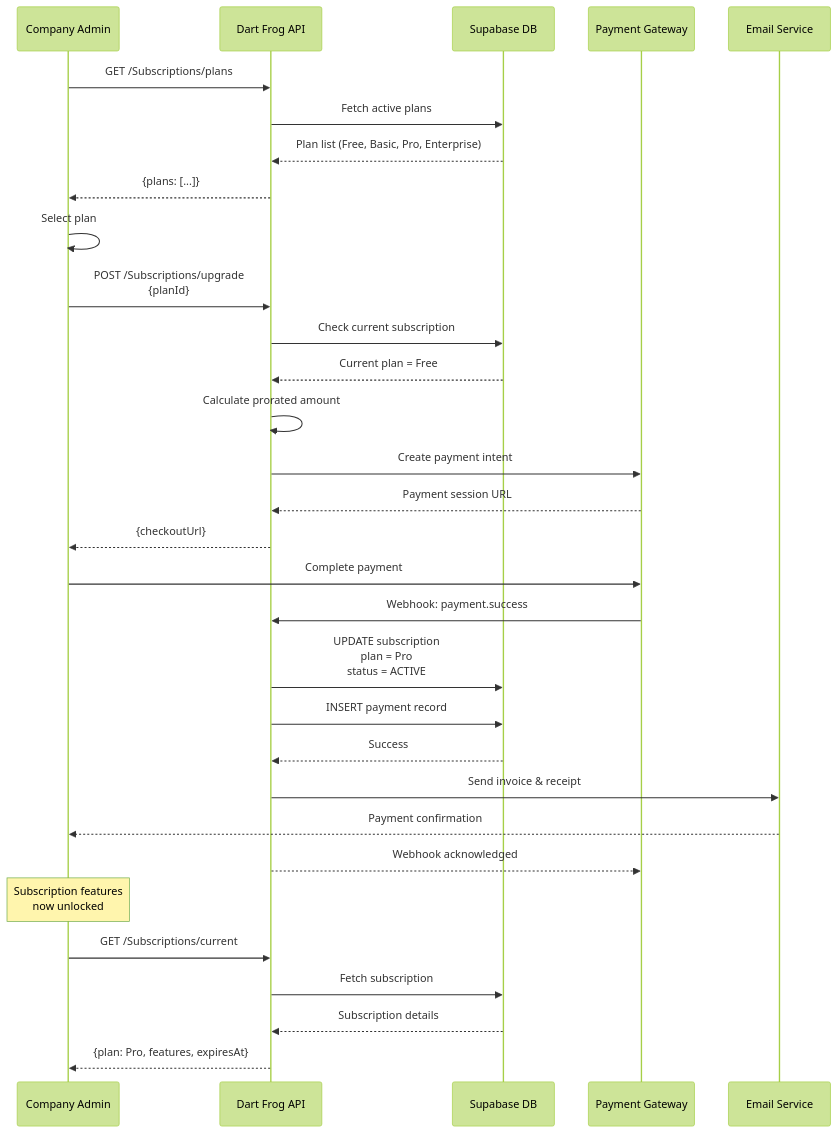
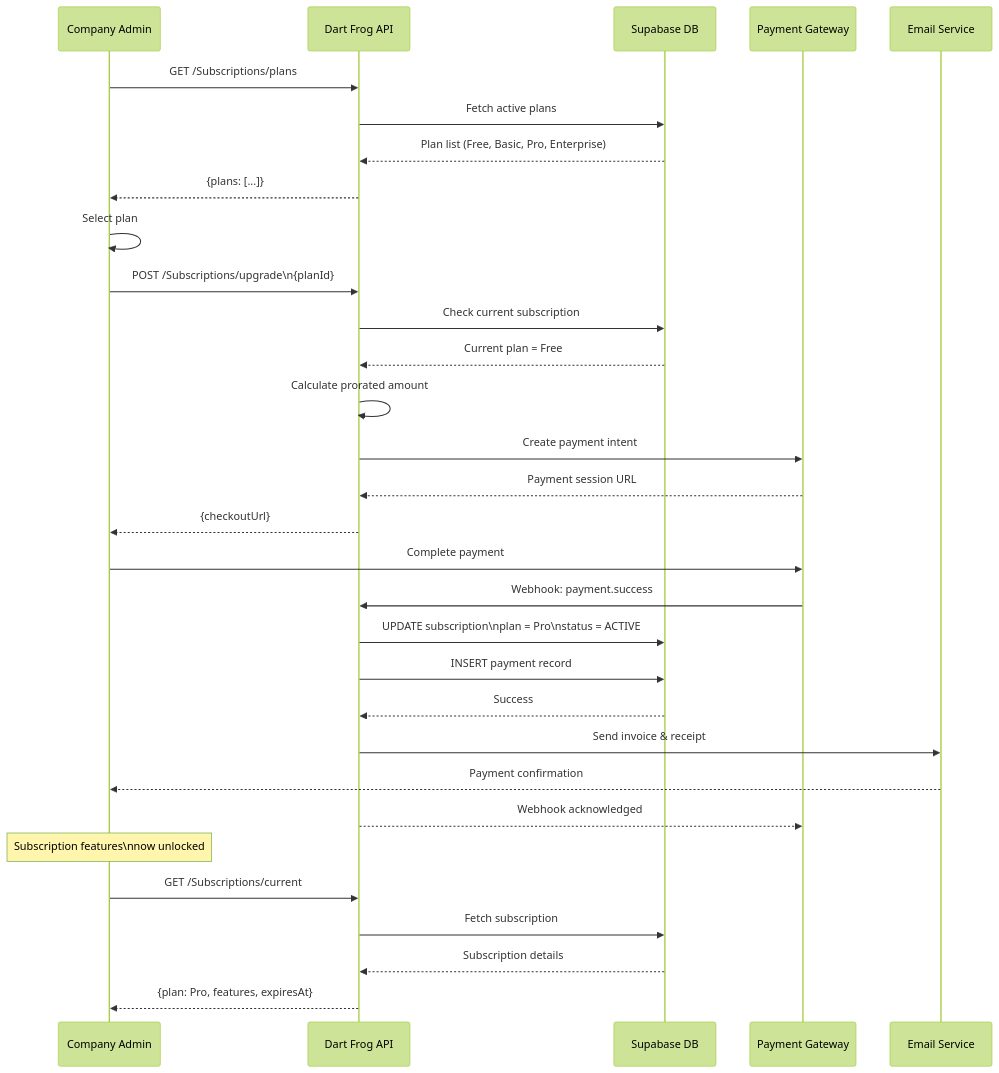
One commit to ednet-org/som-app changed diagram 11 of 11 in docs/ARCHITECTURE.md. Above: the diagram before and after it, drawn with Mermaid (forest theme). The commit also changed other lines of this file and 1 other file, not shown here.

First line of the commit message:
fix(docs): Simplify Mermaid diagram labels for GitHub compatibility.

````diff
--- a/docs/ARCHITECTURE.md
+++ b/docs/ARCHITECTURE.md
@@ -671,40 +671,40 @@
 ```mermaid
 sequenceDiagram
     participant Company as Company Admin
     participant API as Dart Frog API
     participant DB as Supabase DB
     participant Payment as Payment Gateway
     participant Email as Email Service
 
     Company->>API: GET /Subscriptions/plans
     API->>DB: Fetch active plans
     DB-->>API: Plan list (Free, Basic, Pro, Enterprise)
     API-->>Company: {plans: [...]}
 
     Company->>Company: Select plan
-    Company->>API: POST /Subscriptions/upgrade<br/>{planId}
+    Company->>API: POST /Subscriptions/upgrade\n{planId}
     API->>DB: Check current subscription
     DB-->>API: Current plan = Free
     API->>API: Calculate prorated amount
     API->>Payment: Create payment intent
     Payment-->>API: Payment session URL
     API-->>Company: {checkoutUrl}
 
     Company->>Payment: Complete payment
     Payment->>API: Webhook: payment.success
-    API->>DB: UPDATE subscription<br/>plan = Pro<br/>status = ACTIVE
+    API->>DB: UPDATE subscription\nplan = Pro\nstatus = ACTIVE
     API->>DB: INSERT payment record
     DB-->>API: Success
 
     API->>Email: Send invoice & receipt
     Email-->>Company: Payment confirmation
 
     API-->>Payment: Webhook acknowledged
 
-    Note over Company: Subscription features<br/>now unlocked
+    Note over Company: Subscription features\nnow unlocked
 
     Company->>API: GET /Subscriptions/current
     API->>DB: Fetch subscription
     DB-->>API: Subscription details
     API-->>Company: {plan: Pro, features, expiresAt}
 ```
````
